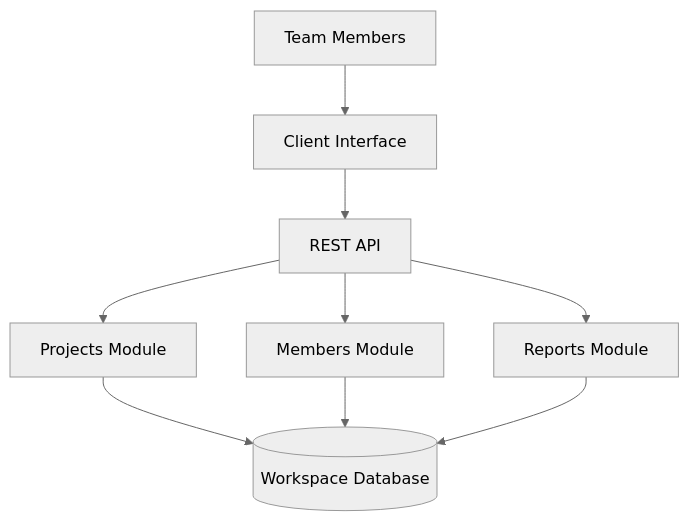
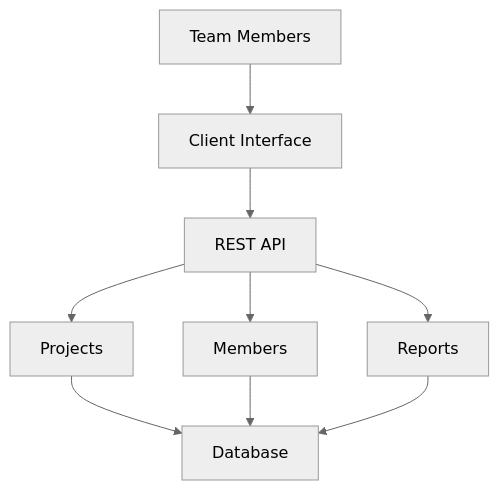
Before and after one commit to ali-dev26/teamflow-workspace: the diagram in workspace-architecture.md, drawn with Mermaid (neutral theme). The commit also changed other lines of this file, not shown here.

Commit message:
Create workspace architecture diagram

````diff
--- a/workspace-architecture.md
+++ b/workspace-architecture.md
@@ -3,11 +3,11 @@
 ```mermaid
-flowchart TD
-    A["Team Members"] --> B["Client Interface"]
-    B --> C["REST API"]
-    C --> D["Projects Module"]
-    C --> E["Members Module"]
-    C --> F["Reports Module"]
-    D --> G[("Workspace Database")]
-    E --> G
-    F --> G
+graph TD
+A[Team Members] --> B[Client Interface]
+B --> C[REST API]
+C --> D[Projects]
+C --> E[Members]
+C --> F[Reports]
+D --> G[Database]
+E --> G
+F --> G
 ```
````
